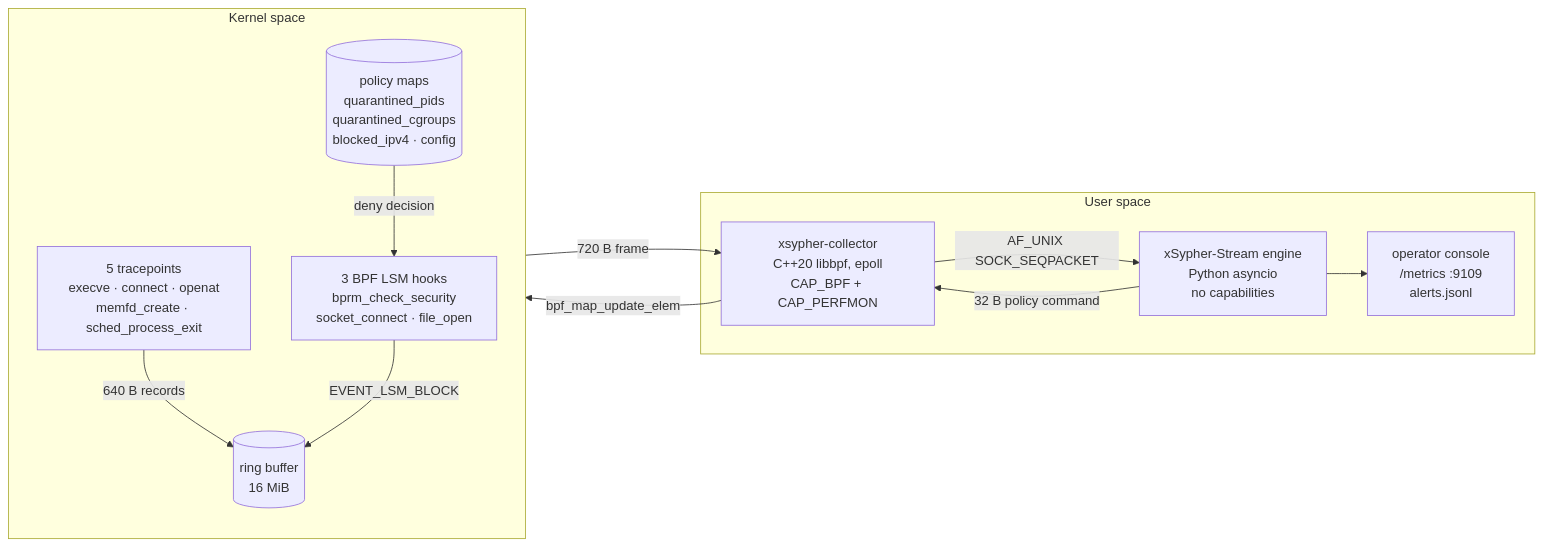
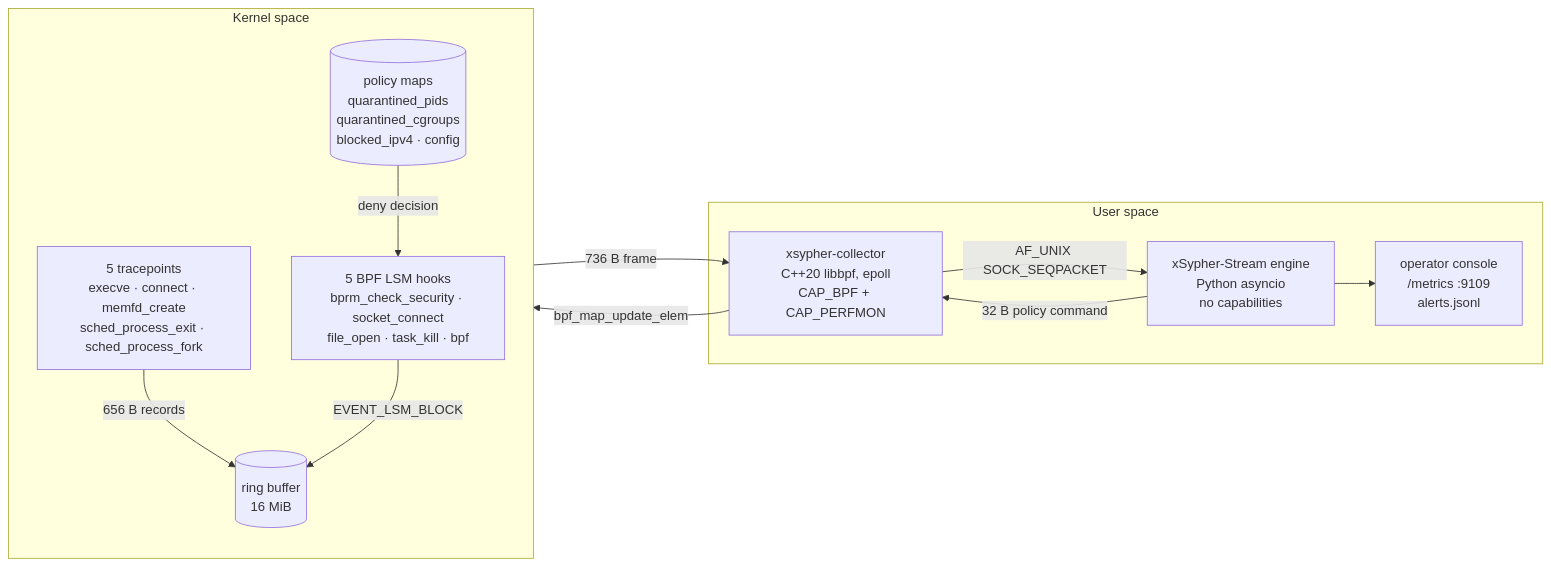
Before and after one commit to anwariqbaldawar/Zero-Trust-Kernel-Log-Streamer: the first of 2 diagrams in README.md, drawn with Mermaid. The commit also changed other lines of this file and 23 other files, not shown here.

````diff
--- a/README.md
+++ b/README.md
@@ -162,23 +165,23 @@
 ```mermaid
 flowchart LR
     subgraph K["Kernel space"]
         direction TB
-        TP["5 tracepoints<br/>execve · connect · openat<br/>memfd_create · sched_process_exit"]
+        TP["5 tracepoints<br/>execve · connect · memfd_create<br/>sched_process_exit · sched_process_fork"]
         RB[("ring buffer<br/>16 MiB")]
-        LSM["3 BPF LSM hooks<br/>bprm_check_security<br/>socket_connect · file_open"]
+        LSM["5 BPF LSM hooks<br/>bprm_check_security · socket_connect<br/>file_open · task_kill · bpf"]
         MAPS[("policy maps<br/>quarantined_pids<br/>quarantined_cgroups<br/>blocked_ipv4 · config")]
-        TP -->|"640 B records"| RB
+        TP -->|"656 B records"| RB
         LSM -->|"EVENT_LSM_BLOCK"| RB
         MAPS -->|"deny decision"| LSM
     end
     subgraph U["User space"]
         COL["xsypher-collector<br/>C++20 libbpf, epoll<br/>CAP_BPF + CAP_PERFMON"]
         ENG["xSypher-Stream engine<br/>Python asyncio<br/>no capabilities"]
         OUT["operator console<br/>/metrics :9109<br/>alerts.jsonl"]
     end
-    RB -->|"720 B frame"| COL
+    RB -->|"736 B frame"| COL
     COL -->|"AF_UNIX SOCK_SEQPACKET"| ENG
     ENG -->|"32 B policy command"| COL
     COL -->|"bpf_map_update_elem"| MAPS
     ENG --> OUT
 ```
````
